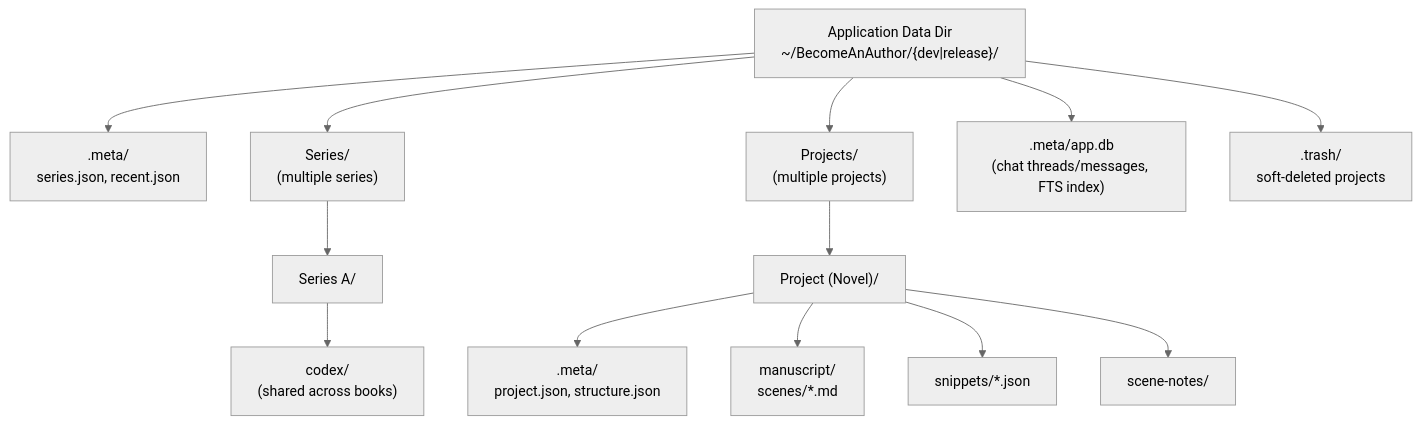
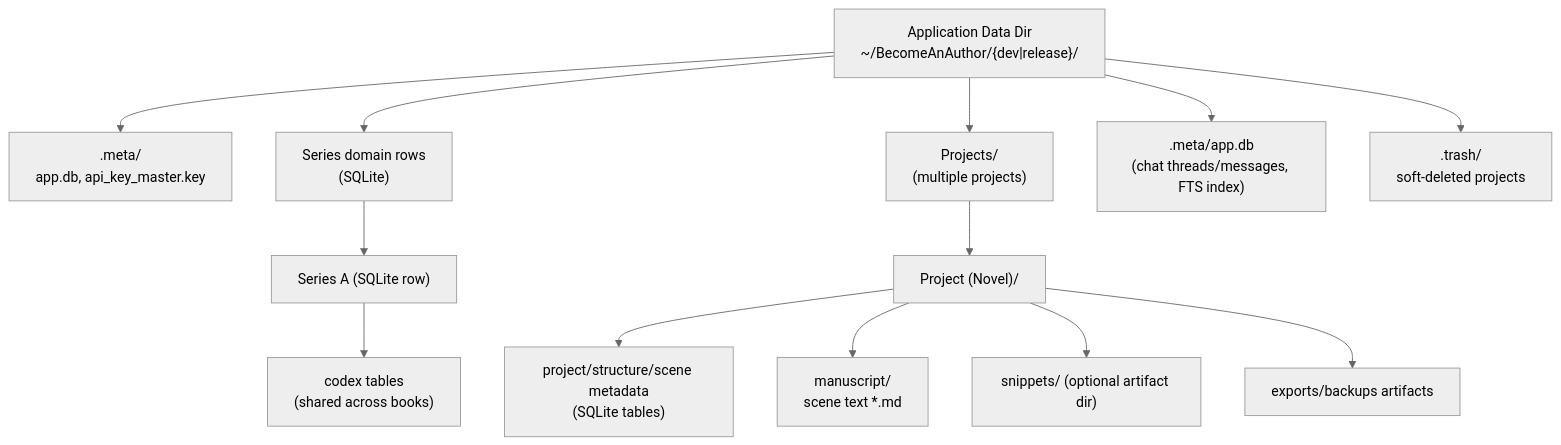
The fifth of 6 diagrams in docs/hld.md (Sai-Roopesh/becomeAnAuthor), drawn with Mermaid (neutral theme) before and after one commit. The commit also changed other lines of this file and 78 other files, not shown here.

````diff
--- a/docs/hld.md
+++ b/docs/hld.md
@@ -513,26 +513,26 @@
 ```mermaid
 graph TD
     App["Application Data Dir<br/>~/BecomeAnAuthor/{dev|release}/"]
-    Meta[".meta/<br/>series.json, recent.json"]
-    Series["Series/<br/>(multiple series)"]
-    S1["Series A/"]
-    S1Codex["codex/<br/>(shared across books)"]
+    Meta[".meta/<br/>app.db, api_key_master.key"]
+    Series["Series domain rows<br/>(SQLite)"]
+    S1["Series A (SQLite row)"]
+    S1Codex["codex tables<br/>(shared across books)"]
     Projects["Projects/<br/>(multiple projects)"]
     P1["Project (Novel)/"]
-    P1Meta[".meta/<br/>project.json, structure.json"]
-    P1Scenes["manuscript/<br/>scenes/*.md"]
+    P1Meta["project/structure/scene metadata<br/>(SQLite tables)"]
+    P1Scenes["manuscript/<br/>scene text *.md"]
     P1Chat[".meta/app.db<br/>(chat threads/messages, FTS index)"]
-    P1Snippets["snippets/*.json"]
-    P1Other["scene-notes/"]
+    P1Snippets["snippets/ (optional artifact dir)"]
+    P1Other["exports/backups artifacts"]
     Trash[".trash/<br/>soft-deleted projects"]
 
     App --> Meta
     App --> Series --> S1 --> S1Codex
     App --> Projects --> P1
     P1 --> P1Meta
     P1 --> P1Scenes
     App --> P1Chat
     P1 --> P1Snippets
     P1 --> P1Other
     App --> Trash
 ```
````
